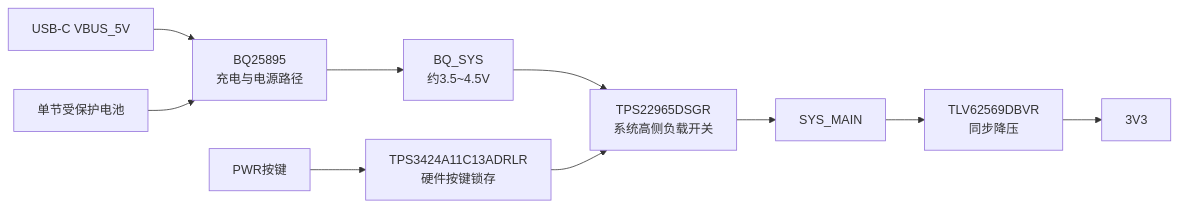
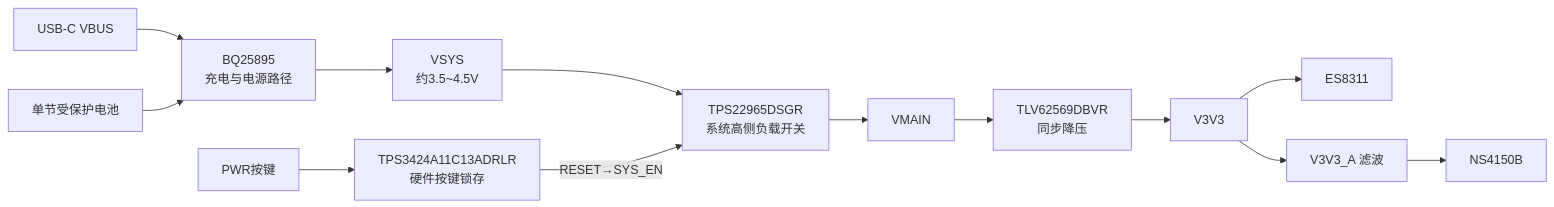
Before and after one commit to zhanghongchen1213/Electronic_Wooden_Fish: the diagram in docs/hardware/电源管理子系统与四芯片职责.md, drawn with Mermaid. The commit also changed other lines of this file and 8 other files, not shown here.

````diff
--- a/docs/hardware/电源管理子系统与四芯片职责.md
+++ b/docs/hardware/电源管理子系统与四芯片职责.md
@@ -3,12 +7,15 @@
 ```mermaid
 flowchart LR
-  USB["USB-C VBUS_5V"] --> BQ["BQ25895\n充电与电源路径"]
+  USB["USB-C VBUS"] --> BQ["BQ25895\n充电与电源路径"]
   BAT["单节受保护电池"] --> BQ
-  BQ --> SYS["BQ_SYS\n约3.5~4.5V"]
+  BQ --> SYS["VSYS\n约3.5~4.5V"]
   SYS --> SW["TPS22965DSGR\n系统高侧负载开关"]
-  SW --> MAIN["SYS_MAIN"]
+  SW --> MAIN["VMAIN"]
   MAIN --> BUCK["TLV62569DBVR\n同步降压"]
-  BUCK --> V3["3V3"]
+  BUCK --> V3["V3V3"]
+  V3 --> CODEC["ES8311"]
+  V3 --> AF["V3V3_A 滤波"]
+  AF --> PA["NS4150B"]
   PWR["PWR按键"] --> PB["TPS3424A11C13ADRLR\n硬件按键锁存"]
-  PB --> SW
+  PB -->|RESET→SYS_EN| SW
 ```
````
